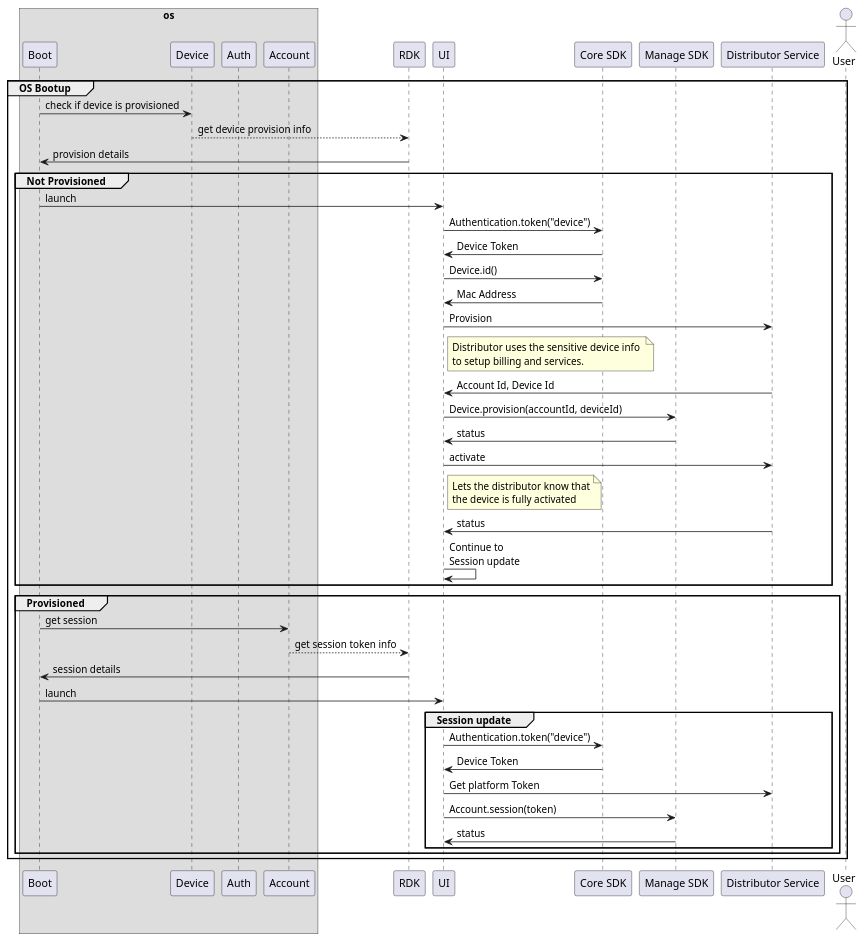
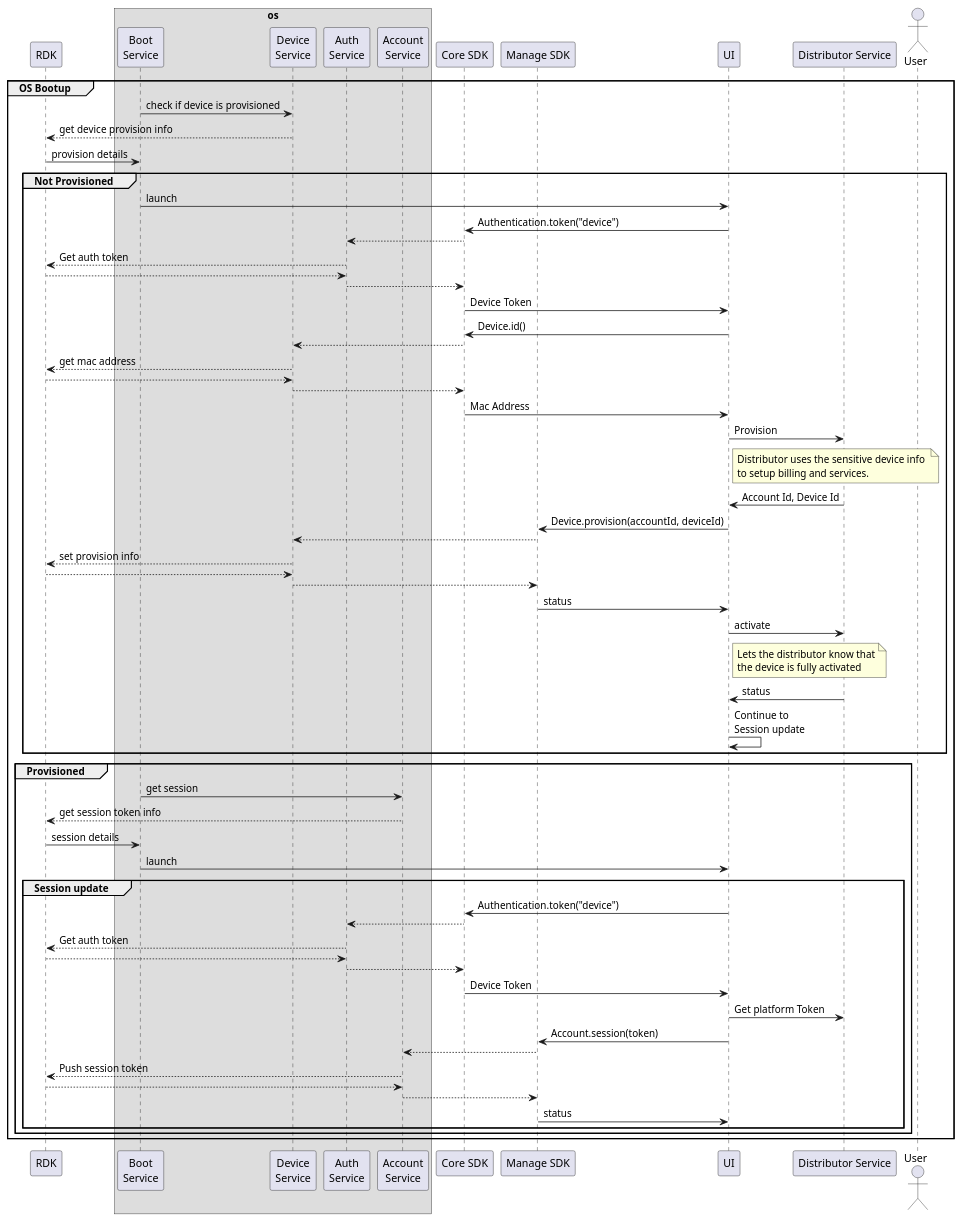
The diagram in src/diagrams/provision.puml (rdkcentral/ripple-rpc), drawn with PlantUML before and after one commit. The commit also changed 1 other file, not shown here.

Commit message:
Better diagram

```diff
--- a/src/diagrams/provision.puml
+++ b/src/diagrams/provision.puml
@@ -1,54 +1,76 @@
 @startuml
 
+participant rdk as "RDK"
+
 box os
-    participant boot as "Boot"
-    participant device as "Device"
-    participant auth as "Auth"
-    participant account as "Account"
+    participant boot as "Boot\nService"
+    participant device as "Device\nService"
+    participant auth as "Auth\nService"
+    participant account as "Account\nService"
 end box
-participant rdk as "RDK"
-participant ui as "UI"
 
 participant core as "Core SDK"
 participant manage as "Manage SDK"
+participant ui as "UI"
+
 participant distributor as "Distributor Service"
 actor user as "User"
 
 group OS Bootup
     boot -> device: check if device is provisioned
     device --> rdk : get device provision info
     rdk -> boot : provision details
     group Not Provisioned
         boot -> ui :launch
         ui -> core:Authentication.token("device")
+        core --> auth: 
+        auth --> rdk: Get auth token
+        rdk --> auth: 
+        auth --> core:
         core -> ui:Device Token
         ui -> core:Device.id()
+        core --> device:
+        device --> rdk: get mac address
+        rdk --> device:
+        device --> core:
         core -> ui:Mac Address
         ui -> distributor:Provision
         note right of ui: Distributor uses the sensitive device info \nto setup billing and services.
         distributor -> ui:Account Id, Device Id
         ui -> manage:Device.provision(accountId, deviceId)
+        manage --> device:
+        device --> rdk: set provision info
+        rdk --> device:
+        device --> manage:
         manage -> ui:status
         ui -> distributor:activate
         note right of ui: Lets the distributor know that\nthe device is fully activated
         distributor -> ui: status
         ui -> ui:Continue to \nSession update
     end
     group Provisioned
         boot -> account : get session
         account --> rdk: get session token info
         rdk -> boot : session details
         boot -> ui :launch
         group Session update
             ui -> core:Authentication.token("device")
+            core --> auth: 
+            auth --> rdk: Get auth token
+            rdk --> auth: 
+            auth --> core:
             core -> ui:Device Token
             ui -> distributor:Get platform Token
             ui -> manage:Account.session(token)
+            manage --> account: 
+            account --> rdk: Push session token
+            rdk --> account: 
+            account --> manage:
             manage -> ui:status
         end
     end
 
 end
 
 
 @enduml
```
